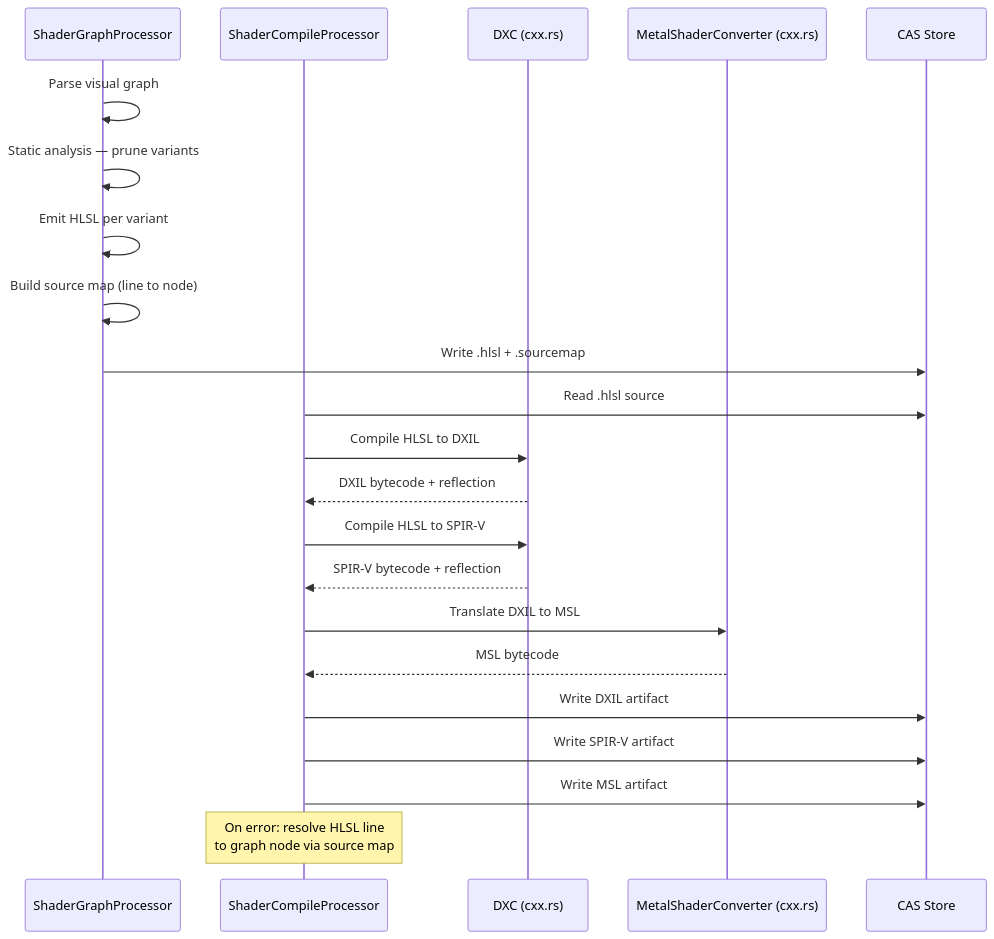
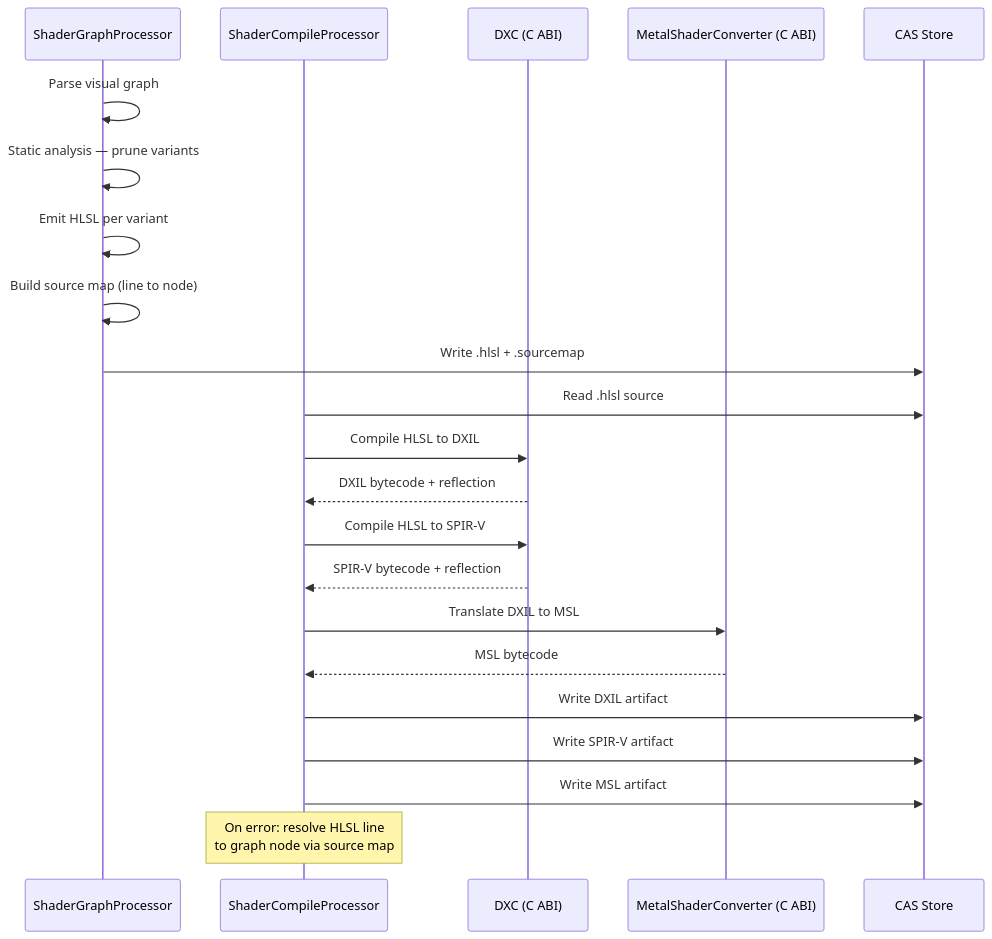
One commit to harmonius-dev/harmonius changed the seventh of 8 diagrams in docs/design/content-pipeline/processing.md. Above: the diagram before and after it, drawn with Mermaid. The commit also changed other lines of this file and 65 other files, not shown here.

First line of the commit message:
Replace cxx.rs with C ABI FFI across all docs

````diff
--- a/docs/design/content-pipeline/processing.md
+++ b/docs/design/content-pipeline/processing.md
@@ -1517,28 +1517,28 @@
 ```mermaid
 sequenceDiagram
     participant SG as ShaderGraphProcessor
     participant SC as ShaderCompileProcessor
-    participant DXC as DXC (cxx.rs)
-    participant MSC as MetalShaderConverter (cxx.rs)
+    participant DXC as DXC (C ABI)
+    participant MSC as MetalShaderConverter (C ABI)
     participant CAS as CAS Store
 
     SG->>SG: Parse visual graph
     SG->>SG: Static analysis — prune variants
     SG->>SG: Emit HLSL per variant
     SG->>SG: Build source map (line to node)
     SG->>CAS: Write .hlsl + .sourcemap
 
     SC->>CAS: Read .hlsl source
     SC->>DXC: Compile HLSL to DXIL
     DXC-->>SC: DXIL bytecode + reflection
     SC->>DXC: Compile HLSL to SPIR-V
     DXC-->>SC: SPIR-V bytecode + reflection
     SC->>MSC: Translate DXIL to MSL
     MSC-->>SC: MSL bytecode
 
     SC->>CAS: Write DXIL artifact
     SC->>CAS: Write SPIR-V artifact
     SC->>CAS: Write MSL artifact
 
     Note over SC: On error: resolve HLSL line<br/>to graph node via source map
 ```
````
